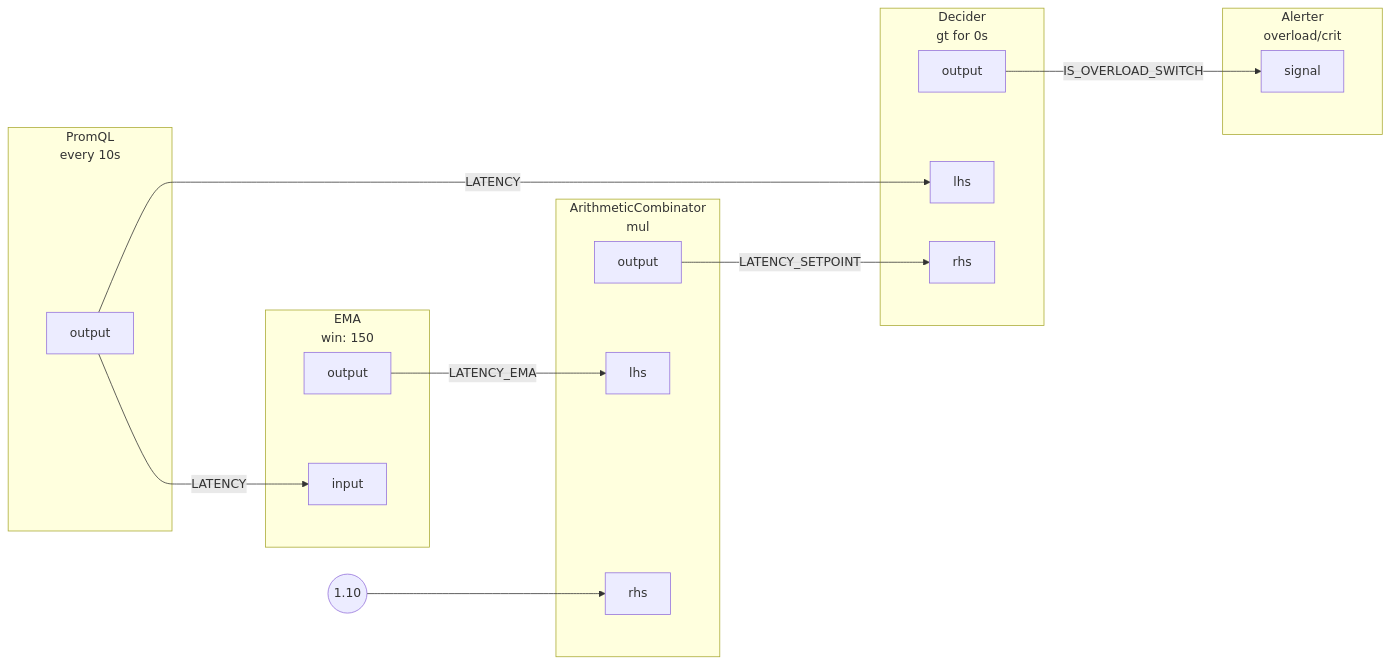
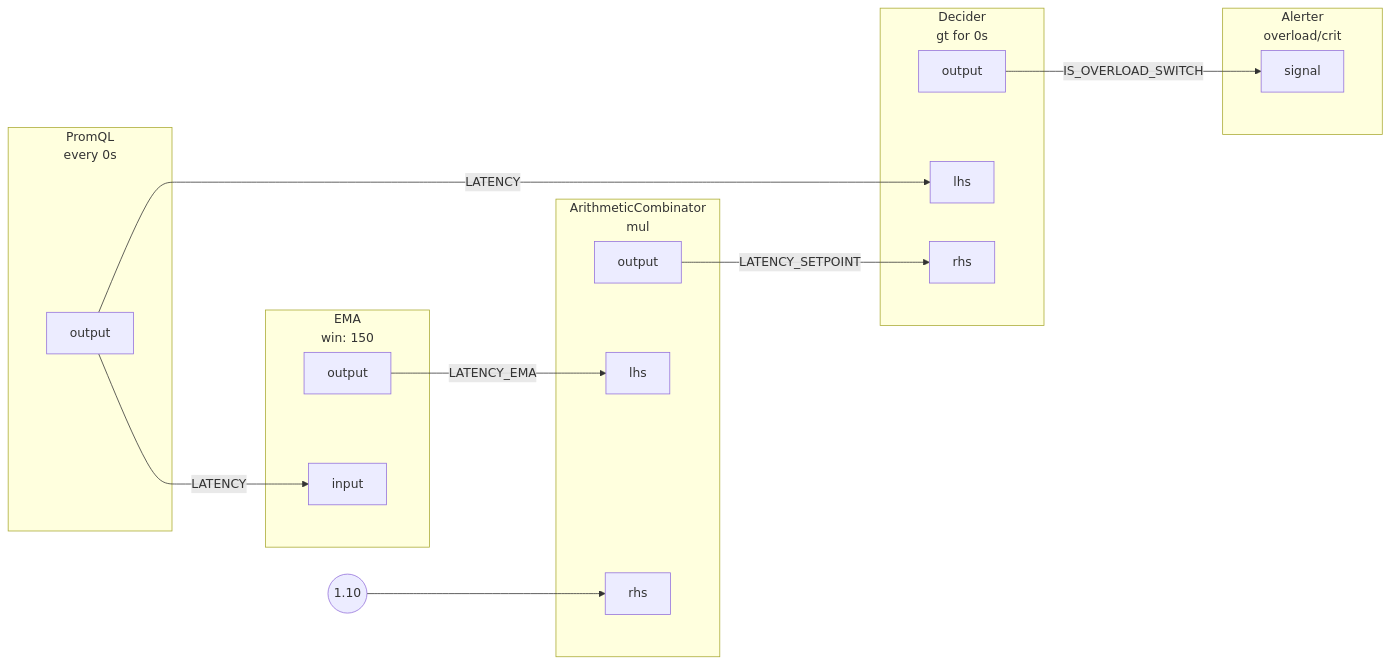
The diagram in docs/content/use-cases/alerting/assets/detecting-overload/detecting-overload.mmd (dataongunlaws/aperture), drawn with Mermaid before and after one commit. The commit also changed 112 other files, not shown here.

```diff
--- a/docs/content/use-cases/alerting/assets/detecting-overload/detecting-overload.mmd
+++ b/docs/content/use-cases/alerting/assets/detecting-overload/detecting-overload.mmd
@@ -1,52 +1,52 @@
 flowchart LR
-subgraph root.0[<center>PromQL<br/>every 10s</center>]
+subgraph root.0[<center>PromQL<br/>every 0s</center>]
 subgraph root.0_outports[ ]
 style root.0_outports fill:none,stroke:none
 root.0output[output]
 end
 end
 subgraph root.1[<center>EMA<br/>win: 150</center>]
 subgraph root.1_inports[ ]
 style root.1_inports fill:none,stroke:none
 root.1input[input]
 end
 subgraph root.1_outports[ ]
 style root.1_outports fill:none,stroke:none
 root.1output[output]
 end
 end
 subgraph root.2[<center>ArithmeticCombinator<br/>mul</center>]
 subgraph root.2_inports[ ]
 style root.2_inports fill:none,stroke:none
 root.2lhs[lhs]
 root.2rhs[rhs]
 end
 subgraph root.2_outports[ ]
 style root.2_outports fill:none,stroke:none
 root.2output[output]
 end
 end
 root.2_rhs_FakeConstantout((1.10))
 subgraph root.3[<center>Decider<br/>gt for 0s</center>]
 subgraph root.3_inports[ ]
 style root.3_inports fill:none,stroke:none
 root.3lhs[lhs]
 root.3rhs[rhs]
 end
 subgraph root.3_outports[ ]
 style root.3_outports fill:none,stroke:none
 root.3output[output]
 end
 end
 subgraph root.4[<center>Alerter<br/>overload/crit</center>]
 subgraph root.4_inports[ ]
 style root.4_inports fill:none,stroke:none
 root.4signal[signal]
 end
 end
 root.0output --> |LATENCY| root.1input
 root.0output --> |LATENCY| root.3lhs
 root.1output --> |LATENCY_EMA| root.2lhs
 root.2output --> |LATENCY_SETPOINT| root.3rhs
 root.2_rhs_FakeConstantout --> root.2rhs
 root.3output --> |IS_OVERLOAD_SWITCH| root.4signal
```
